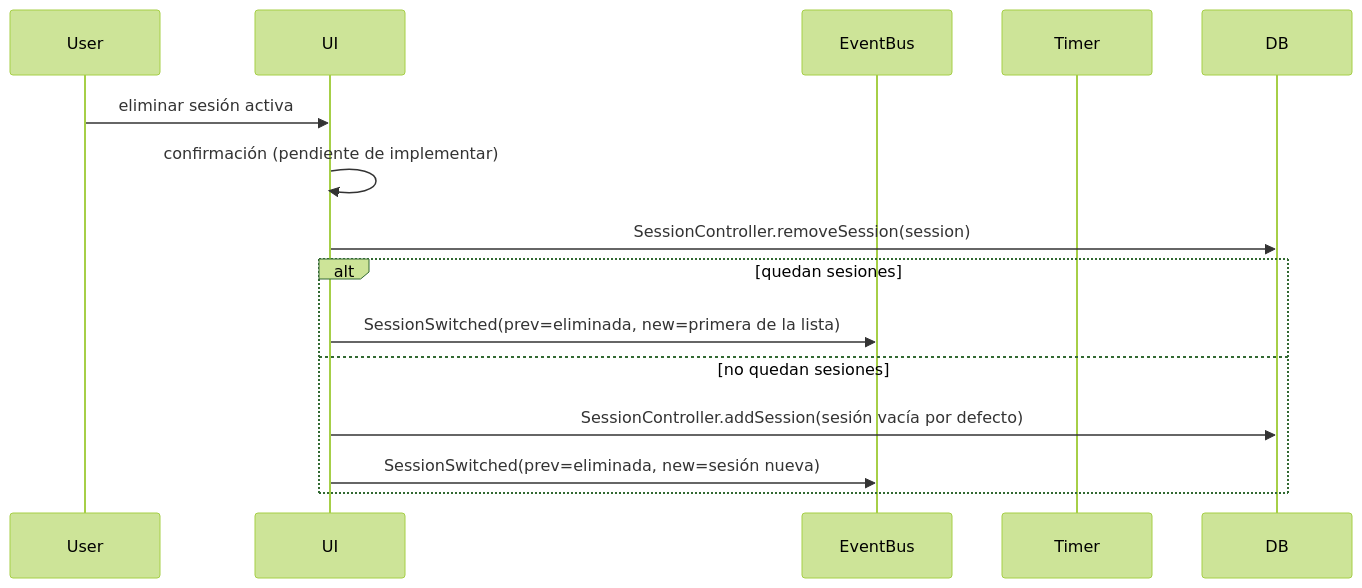
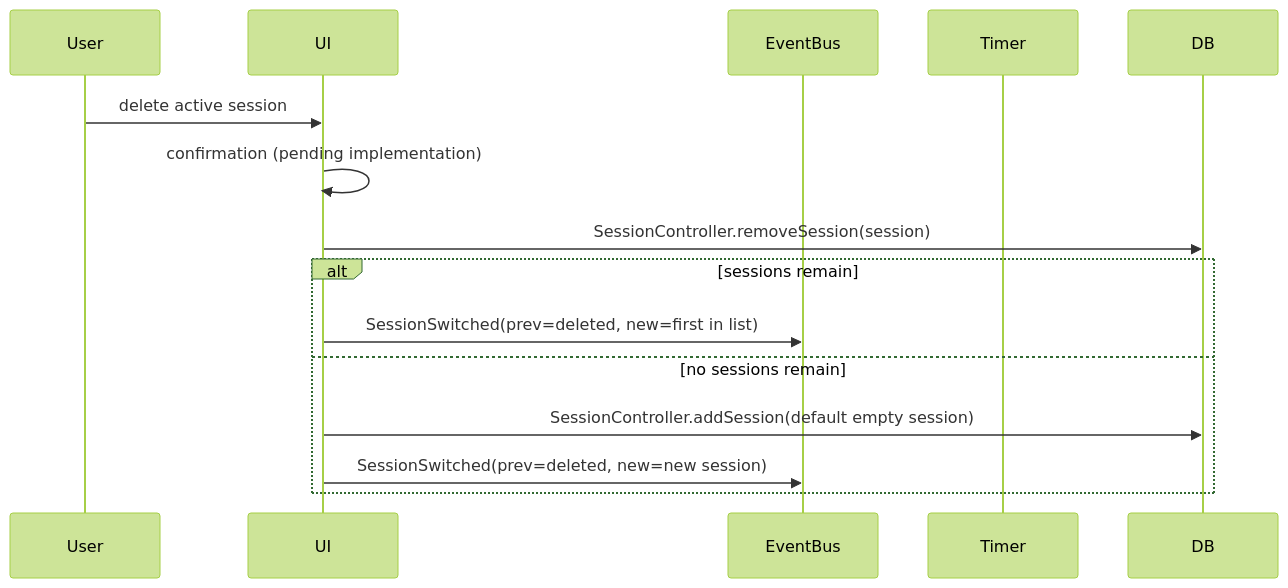
Before and after one commit to isaacvr/cubicdb: the third of 3 diagrams in docs/architecture/timer/sessions.md, drawn with Mermaid (forest theme). The commit also changed other lines of this file and 30 other files, not shown here.

````diff
--- a/docs/architecture/timer/sessions.md
+++ b/docs/architecture/timer/sessions.md
@@ -100,19 +100,19 @@
 ```mermaid
 sequenceDiagram
     participant U as User
     participant UI
     participant EB as EventBus
     participant T as Timer
     participant DB
 
-    U->>UI: eliminar sesión activa
-    UI->>UI: confirmación (pendiente de implementar)
+    U->>UI: delete active session
+    UI->>UI: confirmation (pending implementation)
     UI->>DB: SessionController.removeSession(session)
 
-    alt quedan sesiones
-        UI->>EB: SessionSwitched(prev=eliminada, new=primera de la lista)
-    else no quedan sesiones
-        UI->>DB: SessionController.addSession(sesión vacía por defecto)
-        UI->>EB: SessionSwitched(prev=eliminada, new=sesión nueva)
+    alt sessions remain
+        UI->>EB: SessionSwitched(prev=deleted, new=first in list)
+    else no sessions remain
+        UI->>DB: SessionController.addSession(default empty session)
+        UI->>EB: SessionSwitched(prev=deleted, new=new session)
     end
 ```
````
